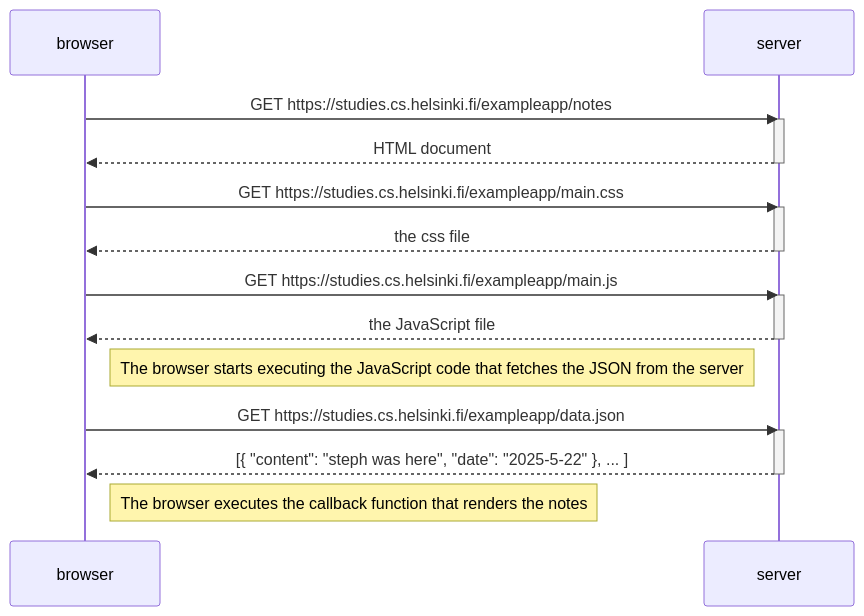
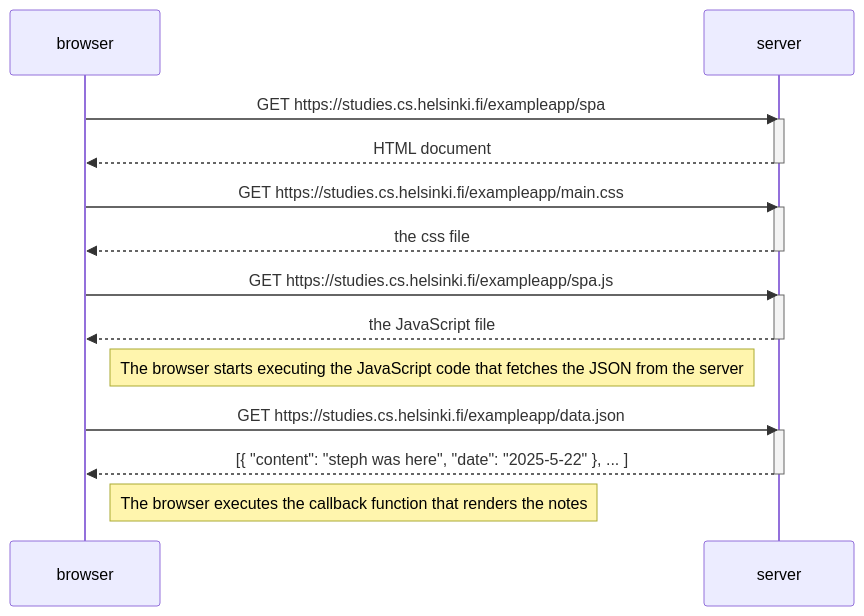
One commit to st9phanie/Fullstack- changed the diagram in part0/sequence_diagram_SPA.md. Above: the diagram before and after it, drawn with Mermaid.

````diff
--- a/part0/sequence_diagram_SPA.md
+++ b/part0/sequence_diagram_SPA.md
@@ -1,29 +1,29 @@
 ```mermaid
 sequenceDiagram
     participant browser
     participant server
 
-    browser->>server: GET https://studies.cs.helsinki.fi/exampleapp/notes
+    browser->>server: GET https://studies.cs.helsinki.fi/exampleapp/spa
     activate server
     server-->>browser: HTML document
     deactivate server
 
     browser->>server: GET https://studies.cs.helsinki.fi/exampleapp/main.css
     activate server
     server-->>browser: the css file
     deactivate server
 
-    browser->>server: GET https://studies.cs.helsinki.fi/exampleapp/main.js
+    browser->>server: GET https://studies.cs.helsinki.fi/exampleapp/spa.js
     activate server
     server-->>browser: the JavaScript file
     deactivate server
 
     Note right of browser: The browser starts executing the JavaScript code that fetches the JSON from the server
 
     browser->>server: GET https://studies.cs.helsinki.fi/exampleapp/data.json
     activate server
     server-->>browser: [{ "content": "steph was here", "date": "2025-5-22" }, ... ]
     deactivate server
 
     Note right of browser: The browser executes the callback function that renders the notes
 ```
````
